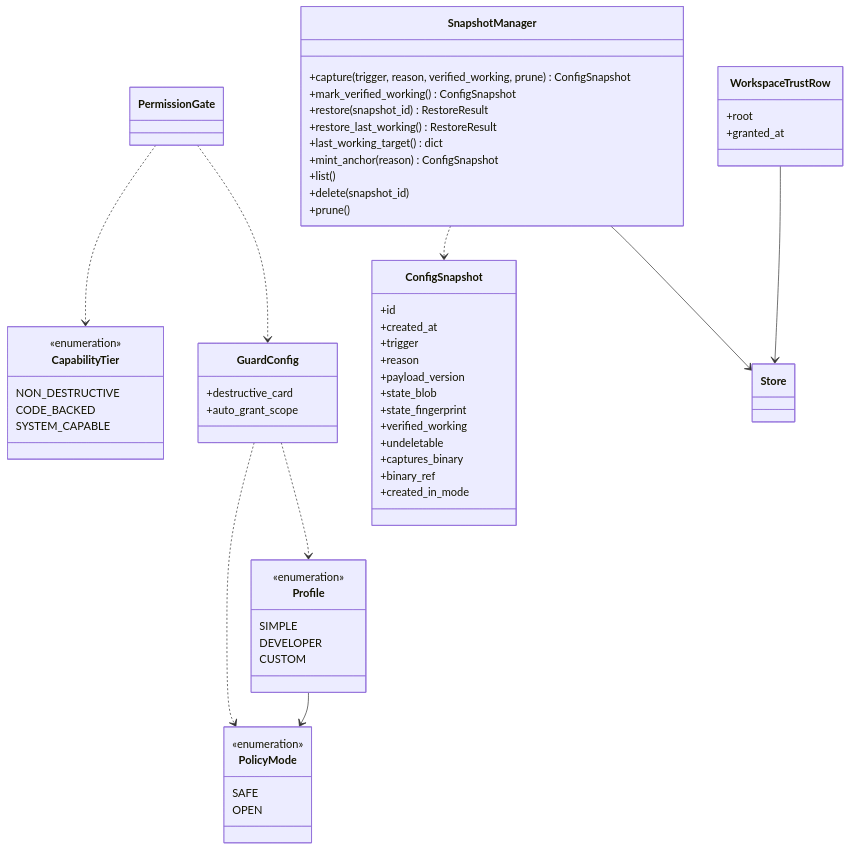
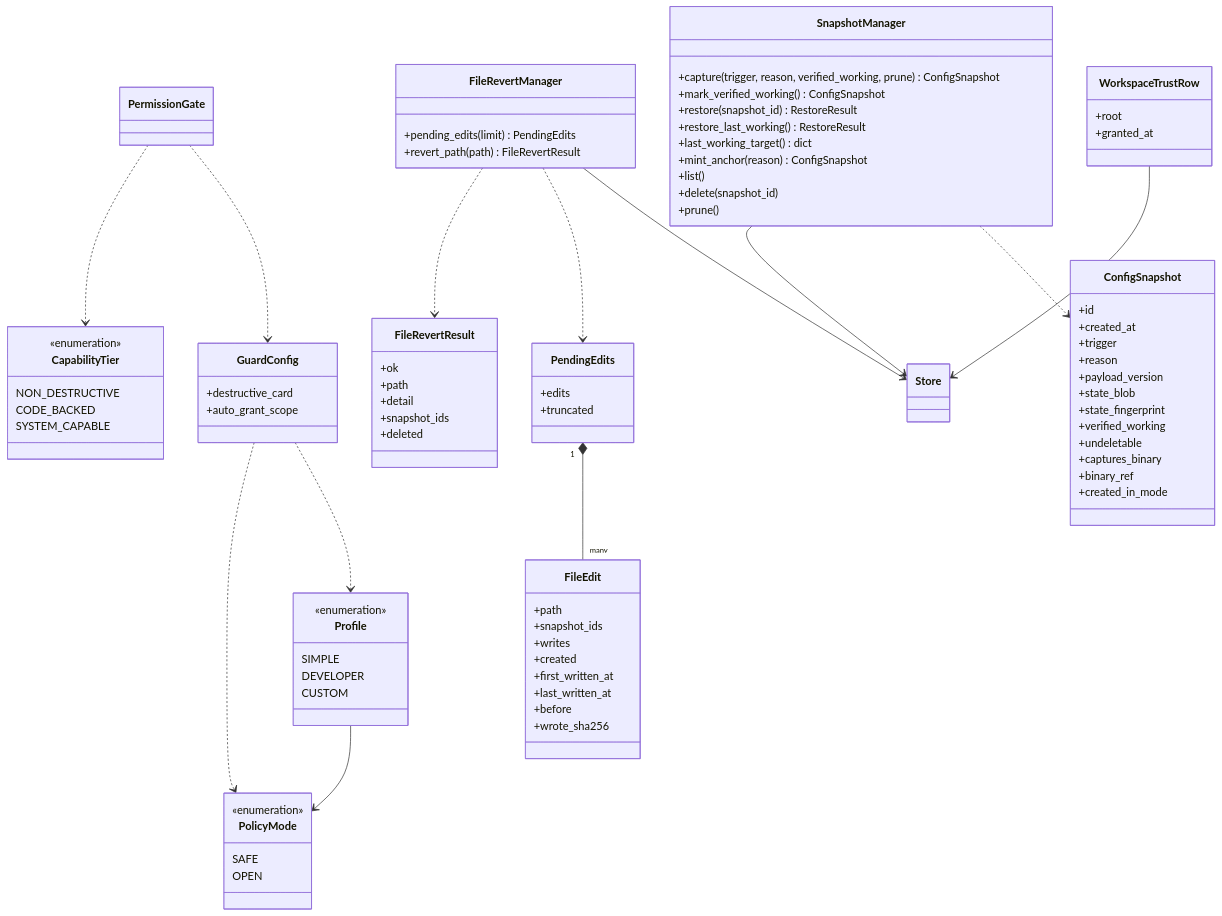
Before and after one commit to N041M/Addison: the second of 5 diagrams in docs/classes.md, drawn with Mermaid. The commit also changed other lines of this file and 13 other files, not shown here.

````diff
--- a/docs/classes.md
+++ b/docs/classes.md
@@ -258,6 +258,31 @@
         +binary_ref
         +created_in_mode
     }
+    class FileRevertManager {
+        +pending_edits(limit) PendingEdits
+        +revert_path(path) FileRevertResult
+    }
+    class PendingEdits {
+        +edits
+        +truncated
+    }
+    class FileEdit {
+        +path
+        +snapshot_ids
+        +writes
+        +created
+        +first_written_at
+        +last_written_at
+        +before
+        +wrote_sha256
+    }
+    class FileRevertResult {
+        +ok
+        +path
+        +detail
+        +snapshot_ids
+        +deleted
+    }
 
     Profile --> PolicyMode
     GuardConfig ..> Profile
@@ -267,4 +292,8 @@
     WorkspaceTrustRow --> Store
     SnapshotManager ..> ConfigSnapshot
     SnapshotManager --> Store
+    FileRevertManager --> Store
+    FileRevertManager ..> PendingEdits
+    PendingEdits "1" *-- "many" FileEdit
+    FileRevertManager ..> FileRevertResult
 ```
````
